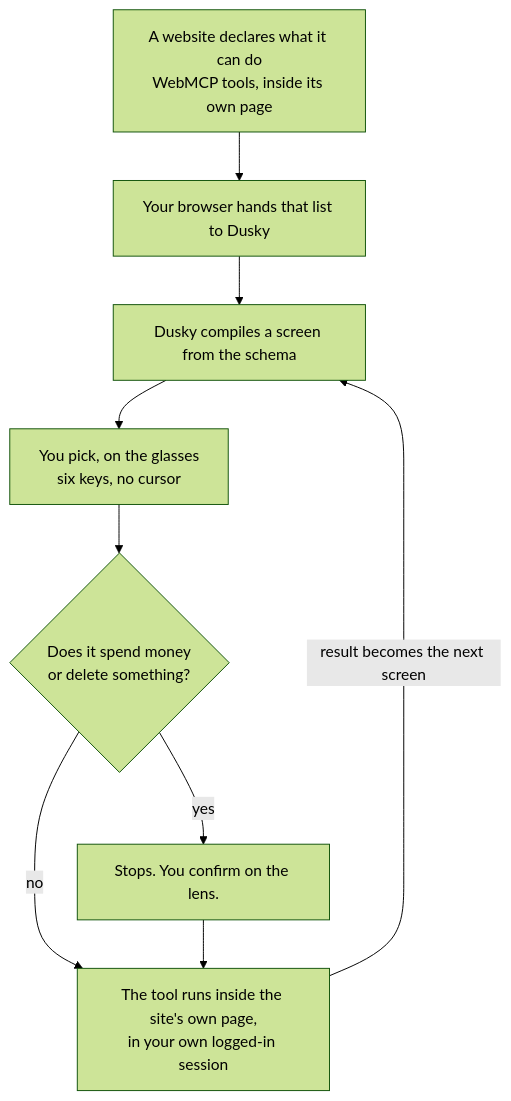
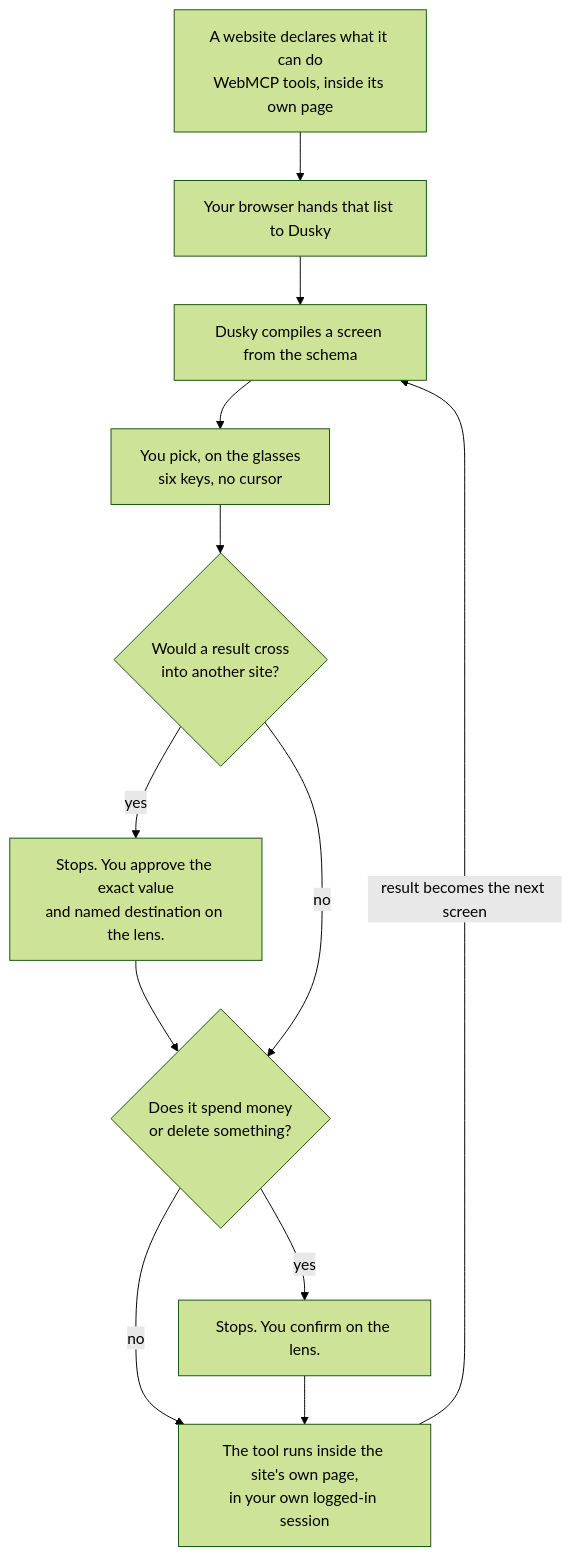
The diagram in README.md (twinkling-reality/dusky), drawn with Mermaid (forest theme) before and after one commit. The commit also changed other lines of this file and 47 other files, not shown here.

Commit message:
Add consented cross-site result transfer

````diff
--- a/README.md
+++ b/README.md
@@ -67,15 +81,19 @@
 ```mermaid
 flowchart TD
   S["A website declares what it can do<br/>WebMCP tools, inside its own page"]
   B["Your browser hands that list to Dusky"]
   C["Dusky compiles a screen from the schema"]
   G["You pick, on the glasses<br/>six keys, no cursor"]
+  T{"Would a result cross<br/>into another site?"}
+  H["Stops. You approve the exact value<br/>and named destination on the lens."]
   P{"Does it spend money<br/>or delete something?"}
   K["Stops. You confirm on the lens."]
   R["The tool runs inside the site's own page,<br/>in your own logged-in session"]
 
-  S --> B --> C --> G --> P
+  S --> B --> C --> G --> T
+  T -- yes --> H --> P
+  T -- no --> P
   P -- no --> R
   P -- yes --> K --> R
   R -- "result becomes the next screen" --> C
 ```
````
